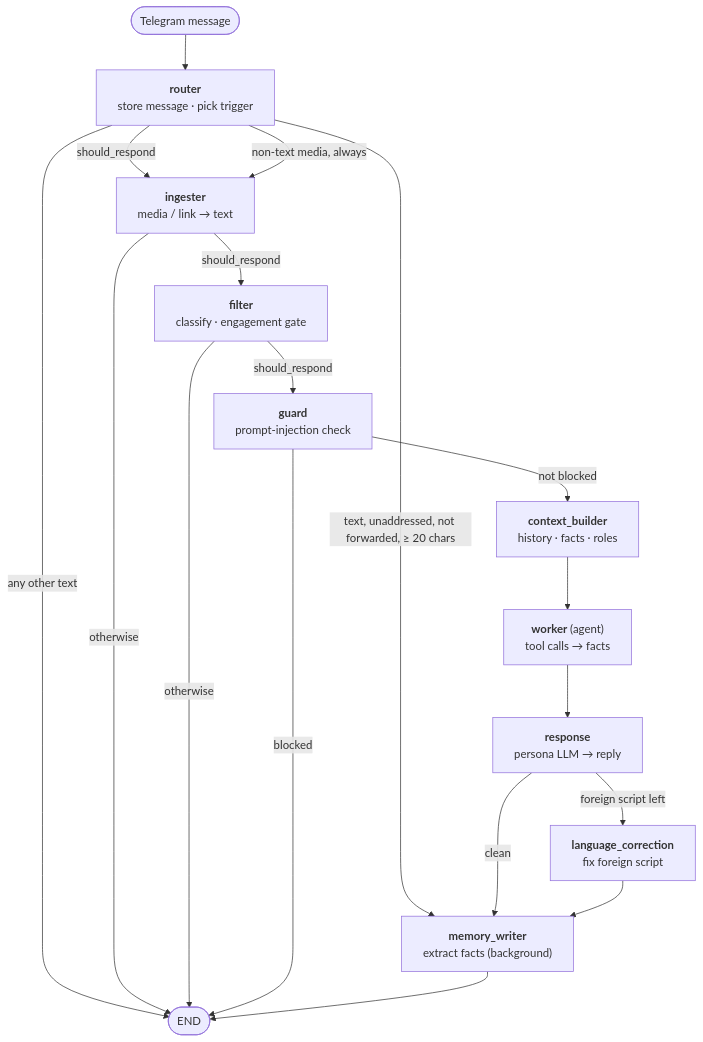
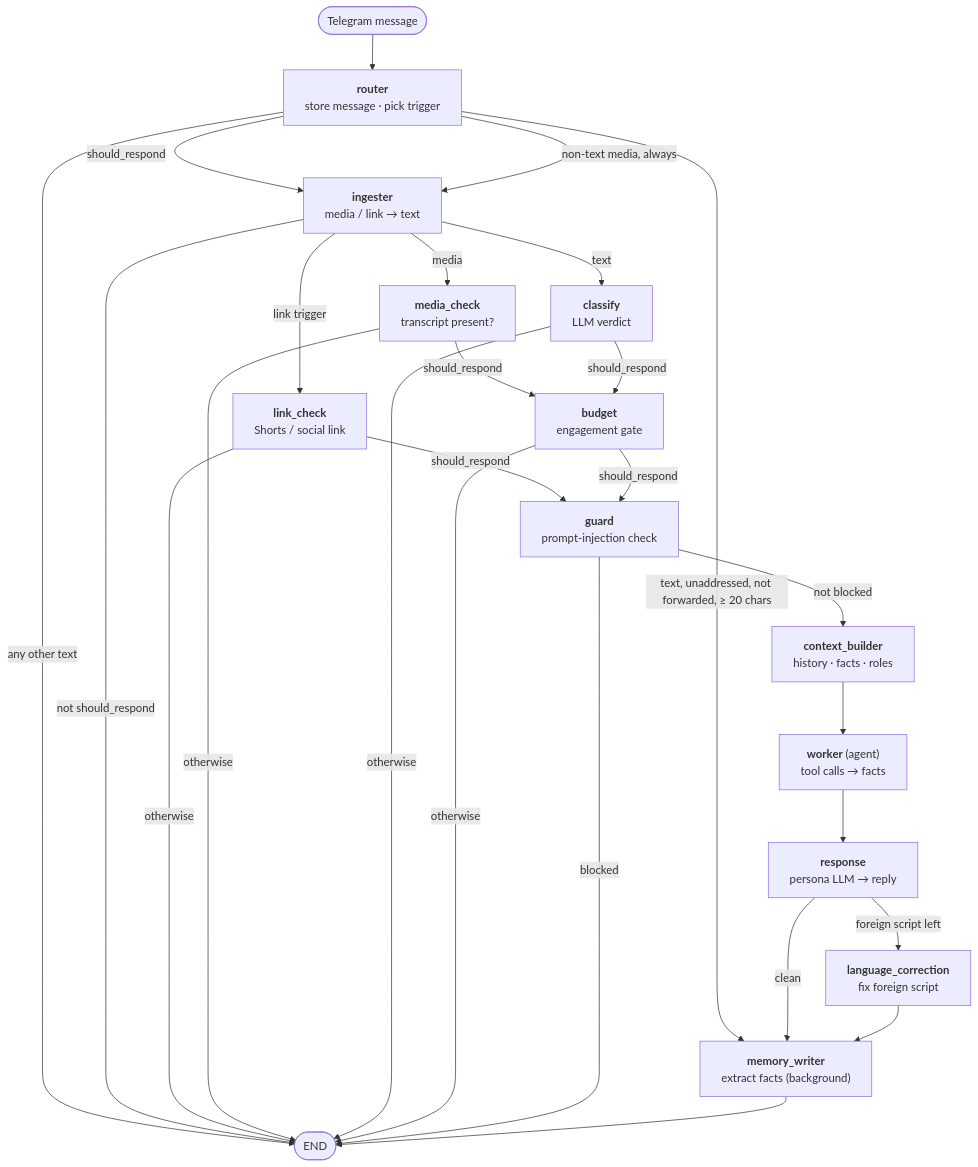
One commit to vsbaldeev/games-chatbot changed the first of 10 diagrams in src/pipeline/README.md. Above: the diagram before and after it, drawn with Mermaid. The commit also changed other lines of this file and 17 other files, not shown here.

Commit message:
refactor: replace the filter node with link_check, media_check, classify and budget

````diff
--- a/src/pipeline/README.md
+++ b/src/pipeline/README.md
@@ -13,35 +13,46 @@
 ```mermaid
 flowchart TD
     start(["Telegram message"]) --> router
 
     router["<b>router</b><br/>store message · pick trigger"]
     ingester["<b>ingester</b><br/>media / link → text"]
-    filter["<b>filter</b><br/>classify · engagement gate"]
+    link["<b>link_check</b><br/>Shorts / social link"]
+    media["<b>media_check</b><br/>transcript present?"]
+    classify["<b>classify</b><br/>LLM verdict"]
+    budget["<b>budget</b><br/>engagement gate"]
     guard["<b>guard</b><br/>prompt-injection check"]
     ctx["<b>context_builder</b><br/>history · facts · roles"]
     worker["<b>worker</b> (agent)<br/>tool calls → facts"]
     response["<b>response</b><br/>persona LLM → reply"]
     lang["<b>language_correction</b><br/>fix foreign script"]
     memory["<b>memory_writer</b><br/>extract facts (background)"]
     stop(["END"])
 
     router -->|"should_respond"| ingester
     router -->|"non-text media, always"| ingester
     router -->|"text, unaddressed, not forwarded, ≥ 20 chars"| memory
     router -->|"any other text"| stop
 
-    ingester -->|"should_respond"| filter
-    ingester -->|"otherwise"| stop
+    ingester -->|"link trigger"| link
+    ingester -->|"media"| media
+    ingester -->|"text"| classify
+    ingester -->|"not should_respond"| stop
 
-    filter -->|"should_respond"| guard
-    filter -->|"otherwise"| stop
+    link -->|"should_respond"| guard
+    media -->|"should_respond"| budget
+    classify -->|"should_respond"| budget
+    budget -->|"should_respond"| guard
+    link -->|"otherwise"| stop
+    media -->|"otherwise"| stop
+    classify -->|"otherwise"| stop
+    budget -->|"otherwise"| stop
 
     guard -->|"not blocked"| ctx
     guard -->|"blocked"| stop
 
     ctx --> worker --> response
     response -->|"foreign script left"| lang
     response -->|"clean"| memory
     lang --> memory
     memory --> stop
 ```
````
